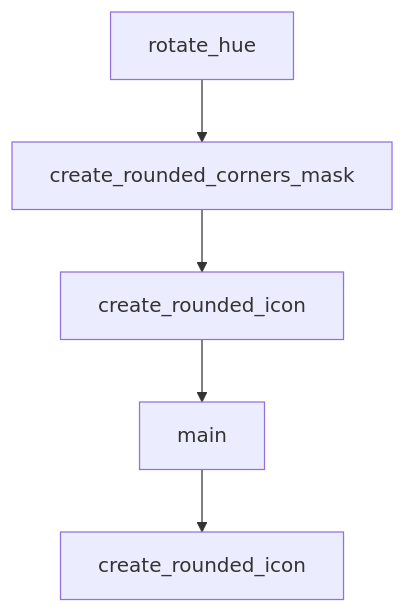
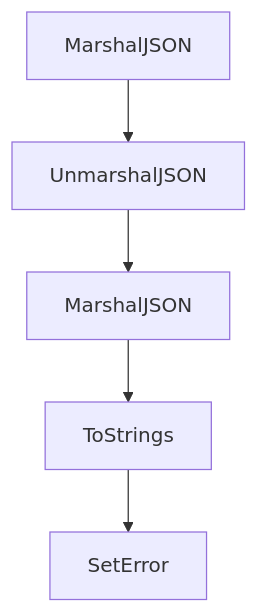
Before and after one commit to johnxie/awesome-code-docs: the diagram in tutorials/humanlayer-tutorial/08-production-rollout-and-adoption.md, drawn with Mermaid. The commit also changed other lines of this file and 1232 other files, not shown here.

````diff
--- a/tutorials/humanlayer-tutorial/08-production-rollout-and-adoption.md
+++ b/tutorials/humanlayer-tutorial/08-production-rollout-and-adoption.md
@@ -199,12 +202,12 @@
 ```mermaid
 flowchart TD
-    A[rotate_hue]
-    B[create_rounded_corners_mask]
-    C[create_rounded_icon]
-    D[main]
-    E[create_rounded_icon]
+    A[MarshalJSON]
+    B[UnmarshalJSON]
+    C[MarshalJSON]
+    D[ToStrings]
+    E[SetError]
     A --> B
     B --> C
     C --> D
     D --> E
 ```
````
